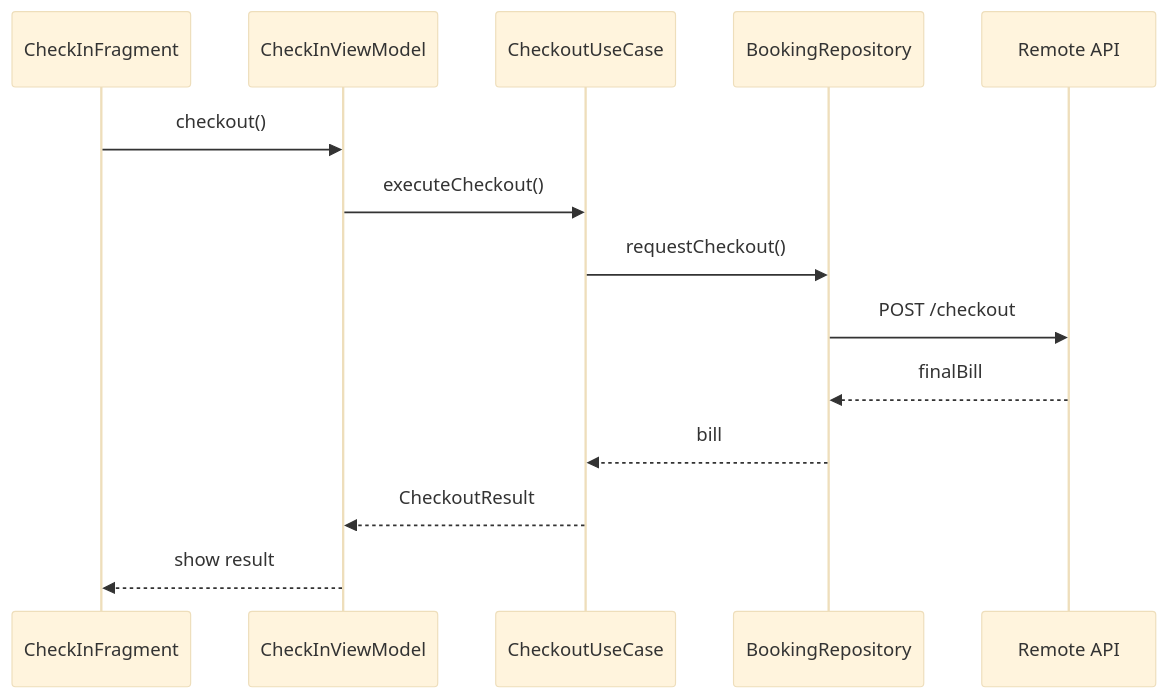
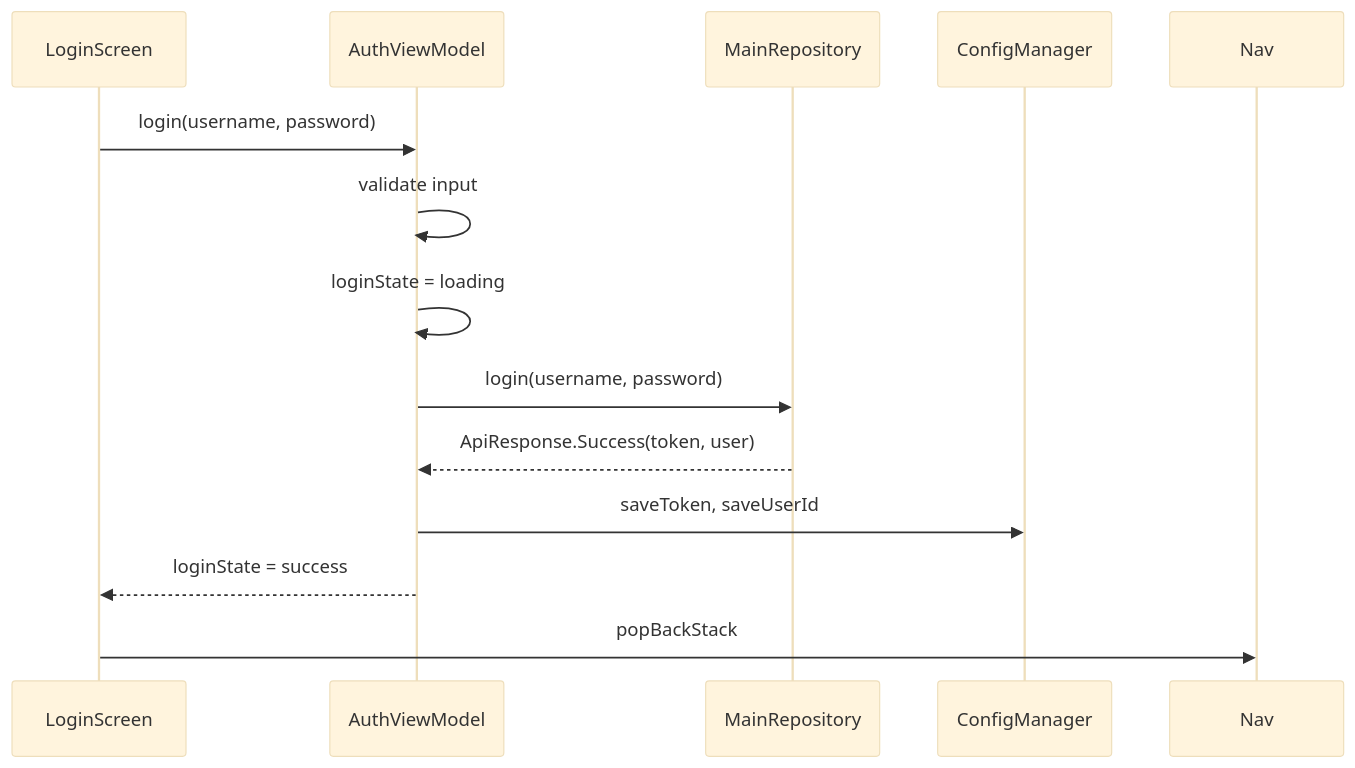
Before and after one commit to yu086868-ui/iStudySpot: the fifth of 6 diagrams in frontend/Android/docs/architecture.md, drawn with Mermaid (base theme). The commit also changed other lines of this file and 25 other files, not shown here.

````diff
--- a/frontend/Android/docs/architecture.md
+++ b/frontend/Android/docs/architecture.md
@@ -642,20 +227,16 @@
 ```mermaid
 sequenceDiagram
+    participant UI as LoginScreen
+    participant VM as AuthViewModel
+    participant Repo as MainRepository
+    participant Config as ConfigManager
 
-participant UI as CheckInFragment
-participant VM as CheckInViewModel
-participant UC as CheckoutUseCase
-participant Repo as BookingRepository
-participant Remote as Remote API
-
-UI->>VM: checkout()
-VM->>UC: executeCheckout()
-
-UC->>Repo: requestCheckout()
-Repo->>Remote: POST /checkout
-Remote-->>Repo: finalBill
-
-Repo-->>UC: bill
-UC-->>VM: CheckoutResult
-VM-->>UI: show result
+    UI->>VM: login(username, password)
+    VM->>VM: validate input
+    VM->>VM: loginState = loading
+    VM->>Repo: login(username, password)
+    Repo-->>VM: ApiResponse.Success(token, user)
+    VM->>Config: saveToken, saveUserId
+    VM-->>UI: loginState = success
+    UI->>Nav: popBackStack
 ```
````
